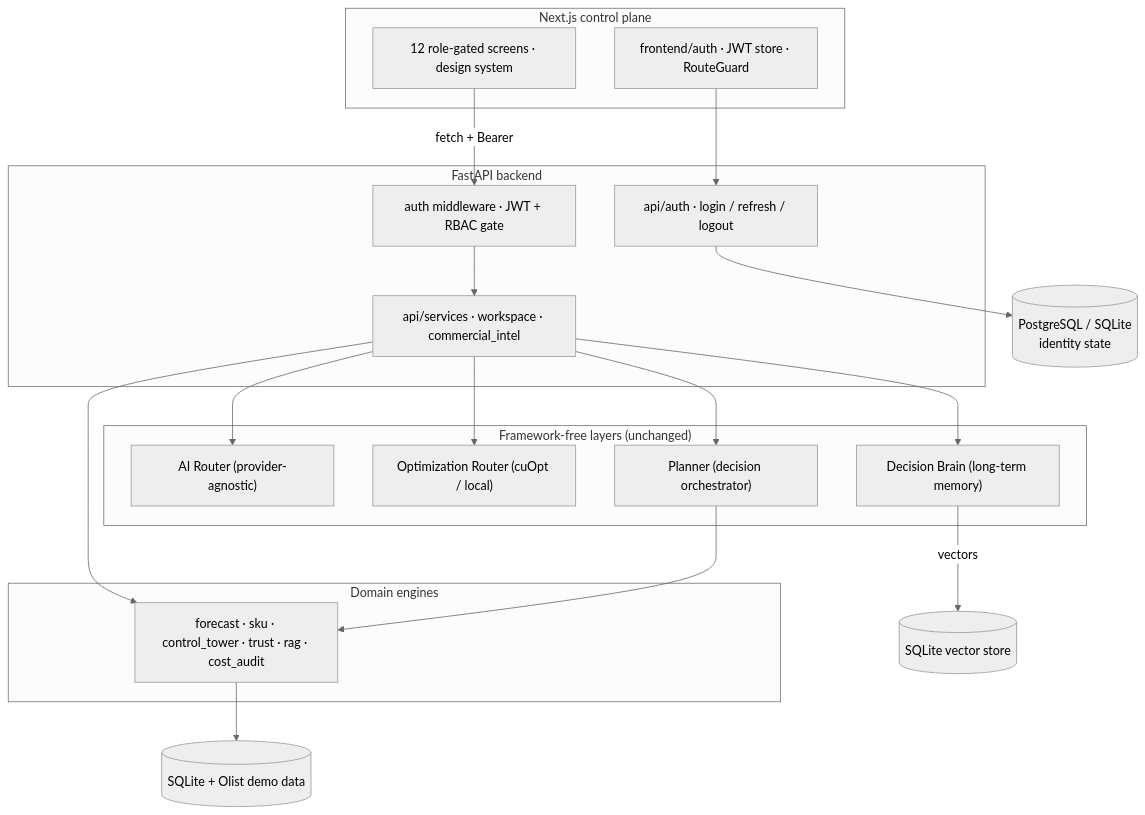
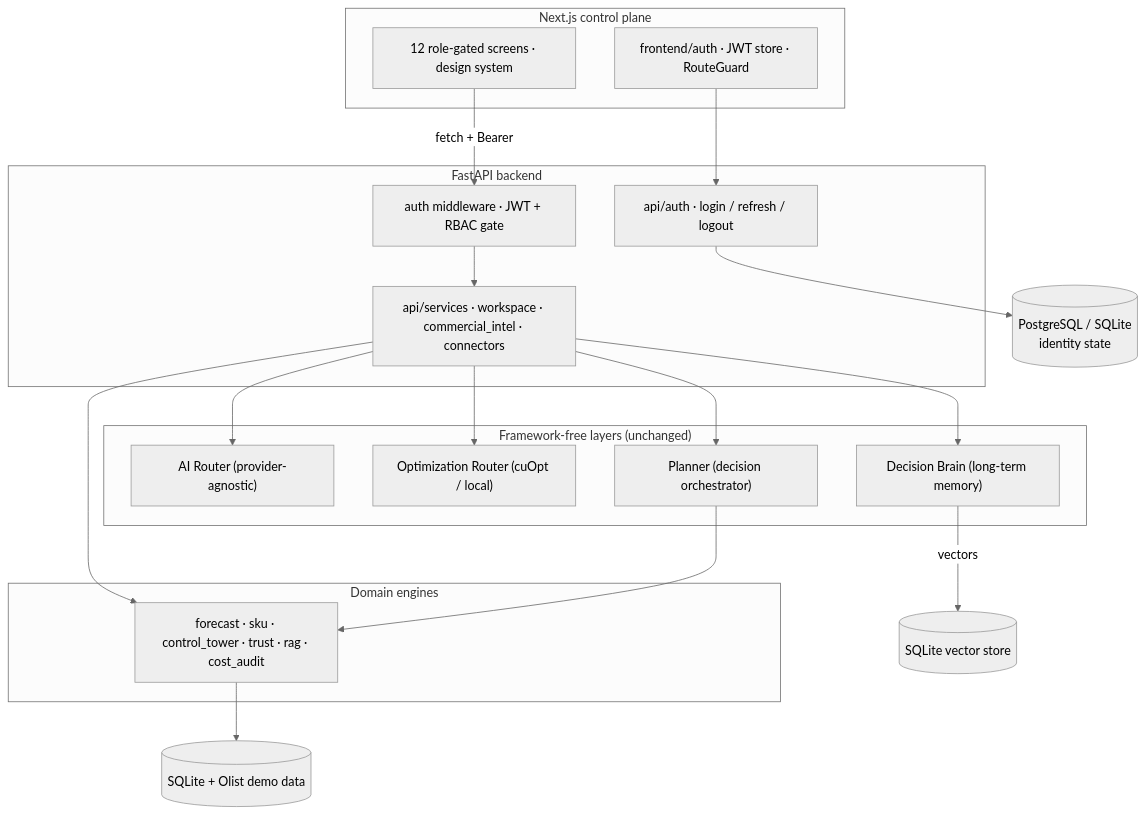
Before and after one commit to Kisharky/SupChainMate: the first of 3 diagrams in README.md, drawn with Mermaid (neutral theme). The commit also changed other lines of this file and 12 other files, not shown here.

````diff
--- a/README.md
+++ b/README.md
@@ -80,29 +80,29 @@
 ```mermaid
 flowchart TB
     subgraph Client["Next.js control plane"]
         UI["12 role-gated screens · design system"]
         AUTHFE["frontend/auth · JWT store · RouteGuard"]
     end
     subgraph API["FastAPI backend"]
         GATE["auth middleware · JWT + RBAC gate"]
         AUTH["api/auth · login / refresh / logout"]
-        SVC["api/services · workspace · commercial_intel"]
+        SVC["api/services · workspace · commercial_intel · connectors"]
     end
     subgraph Intelligence["Framework-free layers (unchanged)"]
         AIR["AI Router (provider-agnostic)"]
         OPT["Optimization Router (cuOpt / local)"]
         PLN["Planner (decision orchestrator)"]
         BRN["Decision Brain (long-term memory)"]
     end
     subgraph Domain["Domain engines"]
         ENG["forecast · sku · control_tower · trust · rag · cost_audit"]
     end
     UI -->|"fetch + Bearer"| GATE
     AUTHFE --> AUTH
     GATE --> SVC --> ENG
     SVC --> AIR & OPT & PLN & BRN
     PLN --> ENG
     BRN -->|vectors| STORE[("SQLite vector store")]
     AUTH --> IDDB[("PostgreSQL / SQLite<br/>identity state")]
     ENG --> DEMO[("SQLite + Olist demo data")]
 ```
````
